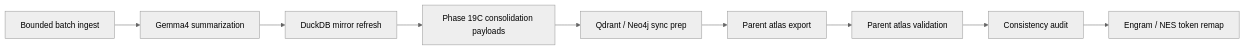
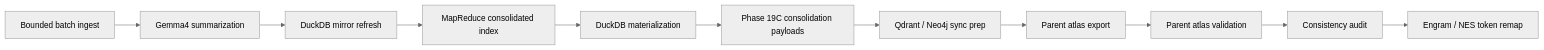
Before and after one commit to semaj90/deeds_web_app: the diagram in docs/architecture/offline-synthesis-parent-atlas.md, drawn with Mermaid (neutral theme). The commit also changed other lines of this file and 782 other files, not shown here.

````diff
--- a/docs/architecture/offline-synthesis-parent-atlas.md
+++ b/docs/architecture/offline-synthesis-parent-atlas.md
@@ -22,11 +22,13 @@
 ```mermaid
 flowchart LR
   A["Bounded batch ingest"] --> B["Gemma4 summarization"]
   B --> C["DuckDB mirror refresh"]
-  C --> D["Phase 19C consolidation payloads"]
-  D --> E["Qdrant / Neo4j sync prep"]
-  E --> F["Parent atlas export"]
-  F --> G["Parent atlas validation"]
-  G --> H["Consistency audit"]
-  H --> I["Engram / NES token remap"]
+  C --> D["MapReduce consolidated index"]
+  D --> E["DuckDB materialization"]
+  E --> F["Phase 19C consolidation payloads"]
+  F --> G["Qdrant / Neo4j sync prep"]
+  G --> H["Parent atlas export"]
+  H --> I["Parent atlas validation"]
+  I --> J["Consistency audit"]
+  J --> K["Engram / NES token remap"]
 ```
````
